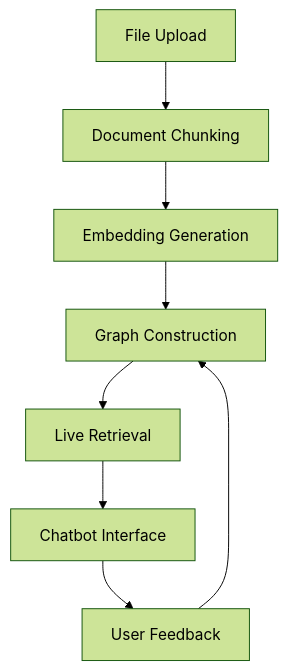
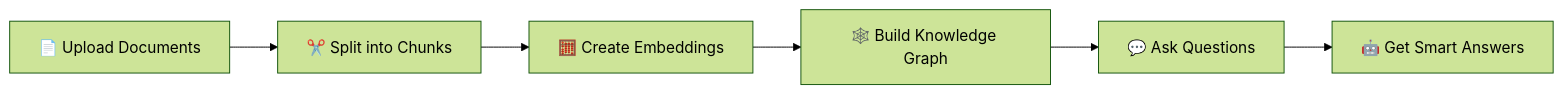
One commit to AlRashid-AlKiswane/PathRAG changed the diagram in README.md. Above: the diagram before and after it, drawn with Mermaid (forest theme). The commit also changed other lines of this file and 2 other files, not shown here.

````diff
--- a/README.md
+++ b/README.md
@@ -26,10 +71,8 @@
 ```mermaid
-graph TD
-    A[File Upload] --> B[Document Chunking]
-    B --> C[Embedding Generation]
-    C --> D[Graph Construction]
-    D --> E[Live Retrieval]
-    E --> F[Chatbot Interface]
-    F --> G[User Feedback]
-    G --> D
+graph LR
+    A[📄 Upload Documents] --> B[✂️ Split into Chunks]
+    B --> C[🧮 Create Embeddings]
+    C --> D[🕸️ Build Knowledge Graph]
+    D --> E[💬 Ask Questions]
+    E --> F[🤖 Get Smart Answers]
 ```
````
